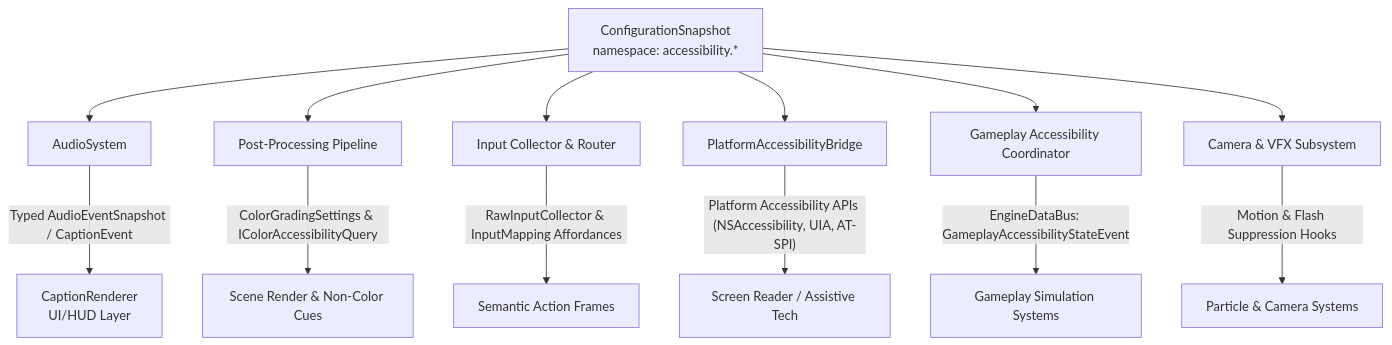
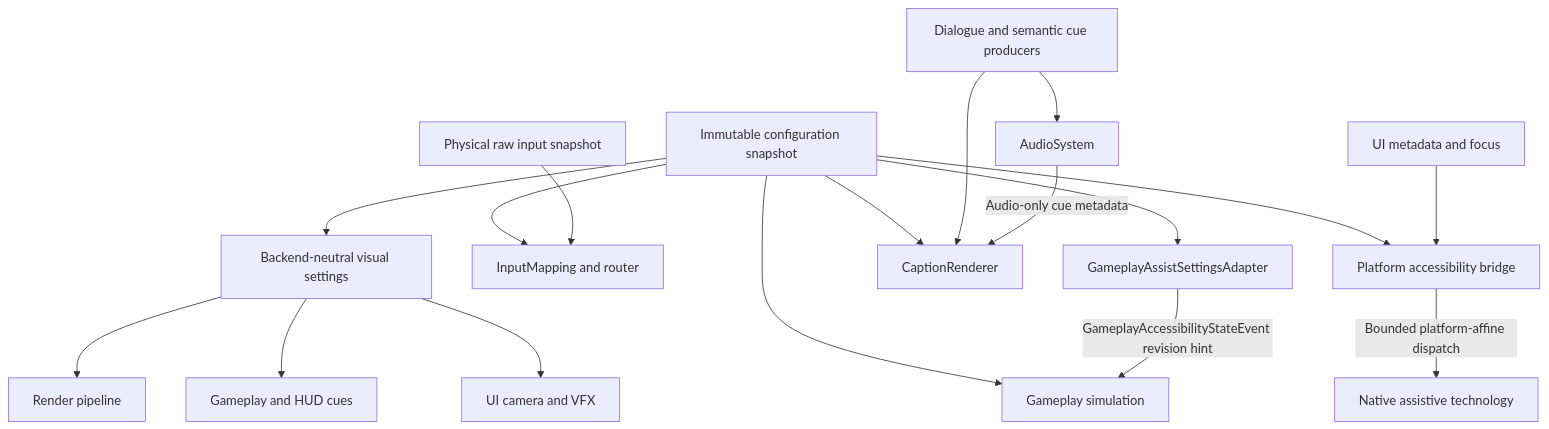
Before and after one commit to abdullahbodur/horo-engine: the diagram in docs/adr/015-accessibility-ownership-typed-transport-and-non-gating-policy.md, drawn with Mermaid. The commit also changed other lines of this file and 5 other files, not shown here.

````diff
--- a/docs/adr/015-accessibility-ownership-typed-transport-and-non-gating-policy.md
+++ b/docs/adr/015-accessibility-ownership-typed-transport-and-non-gating-policy.md
@@ -51,16 +53,19 @@
 ```mermaid
 graph TD
-    Config[ConfigurationSnapshot\nnamespace: accessibility.*] --> Audio[AudioSystem]
-    Config --> PostProc[Post-Processing Pipeline]
-    Config --> Input[Input Collector & Router]
-    Config --> UIBridge[PlatformAccessibilityBridge]
-    Config --> GameCoord[Gameplay Accessibility Coordinator]
-    Config --> VFX[Camera & VFX Subsystem]
-
-    Audio -- "Typed AudioEventSnapshot / CaptionEvent" --> Captions[CaptionRenderer\nUI/HUD Layer]
-    PostProc -- "ColorGradingSettings & IColorAccessibilityQuery" --> Viewport[Scene Render & Non-Color Cues]
-    Input -- "RawInputCollector & InputMapping Affordances" --> SemanticInput[Semantic Action Frames]
-    UIBridge -- "Platform Accessibility APIs (NSAccessibility, UIA, AT-SPI)" --> OSBridge[Screen Reader / Assistive Tech]
-    GameCoord -- "EngineDataBus: GameplayAccessibilityStateEvent" --> GameSim[Gameplay Simulation Systems]
-    VFX -- "Motion & Flash Suppression Hooks" --> Effects[Particle & Camera Systems]
+    Config[Immutable configuration snapshot] --> Visual[Backend-neutral visual settings]
+    Config --> Mapping[InputMapping and router]
+    Config --> Adapter[GameplayAssistSettingsAdapter]
+    Config --> Sim[Gameplay simulation]
+    Config --> Captions[CaptionRenderer]
+    Config --> Bridge[Platform accessibility bridge]
+    Visual --> Render[Render pipeline]
+    Visual --> Cues[Gameplay and HUD cues]
+    Visual --> Effects[UI camera and VFX]
+    Raw[Physical raw input snapshot] --> Mapping
+    Semantic[Dialogue and semantic cue producers] --> Captions
+    Semantic --> Audio[AudioSystem]
+    Audio -- Audio-only cue metadata --> Captions
+    Adapter -- GameplayAccessibilityStateEvent revision hint --> Sim
+    Nodes[UI metadata and focus] --> Bridge
+    Bridge -- Bounded platform-affine dispatch --> OS[Native assistive technology]
 ```
````
